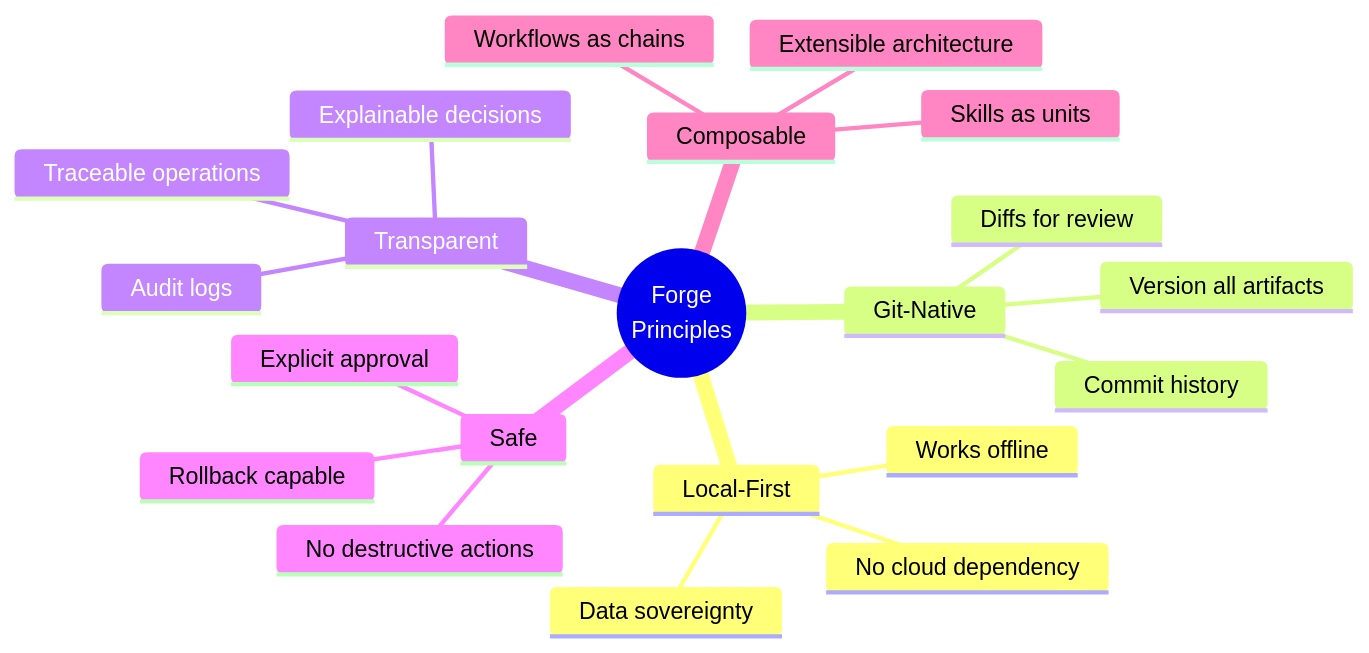
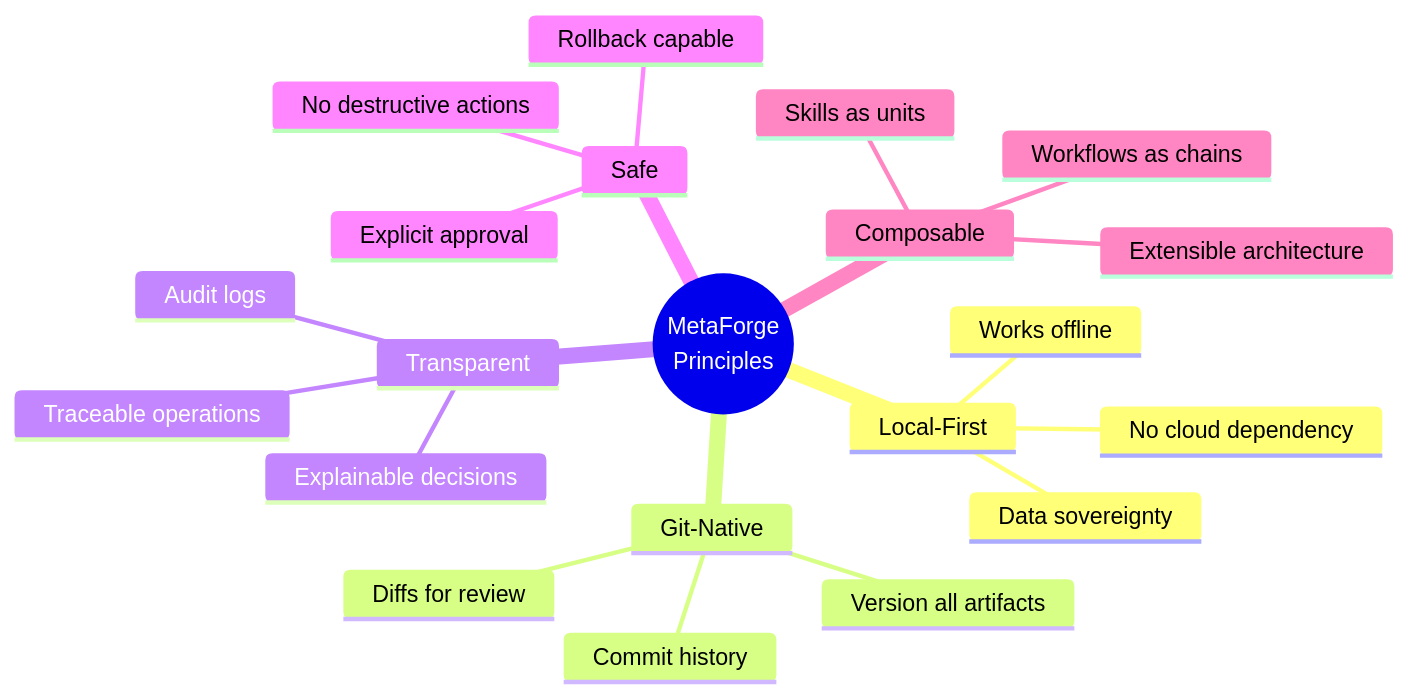
One commit to FidelOdok/MetaForge-Planner changed diagram 17 of 20 in docs/architecture.md. Above: the diagram before and after it, drawn with Mermaid. The commit also changed other lines of this file and 25 other files, not shown here.

First line of the commit message:
refactor: rename project from Forge to MetaForge

````diff
--- a/docs/architecture.md
+++ b/docs/architecture.md
@@ -864,24 +864,24 @@
 ```mermaid
 mindmap
-    root((Forge<br/>Principles))
+    root((MetaForge<br/>Principles))
         Local-First
             No cloud dependency
             Works offline
             Data sovereignty
         Git-Native
             Version all artifacts
             Diffs for review
             Commit history
         Transparent
             Traceable operations
             Audit logs
             Explainable decisions
         Safe
             Explicit approval
             No destructive actions
             Rollback capable
         Composable
             Skills as units
             Workflows as chains
             Extensible architecture
 ```
````
